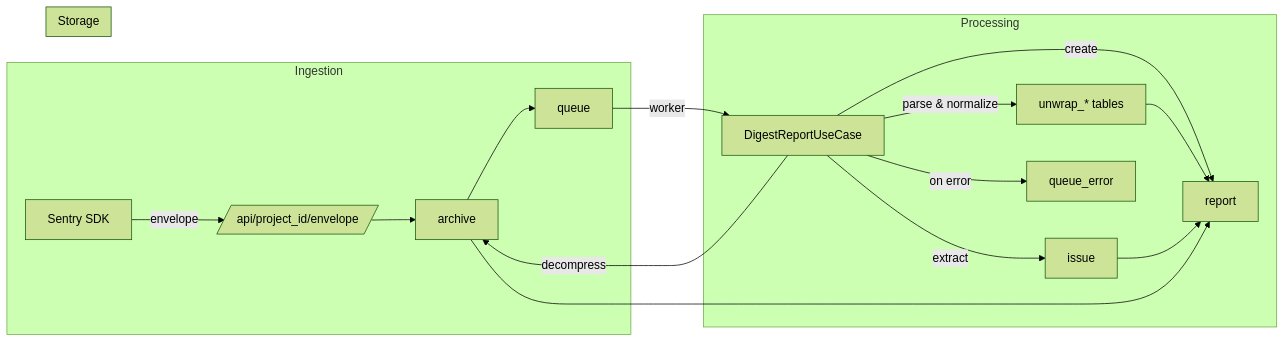
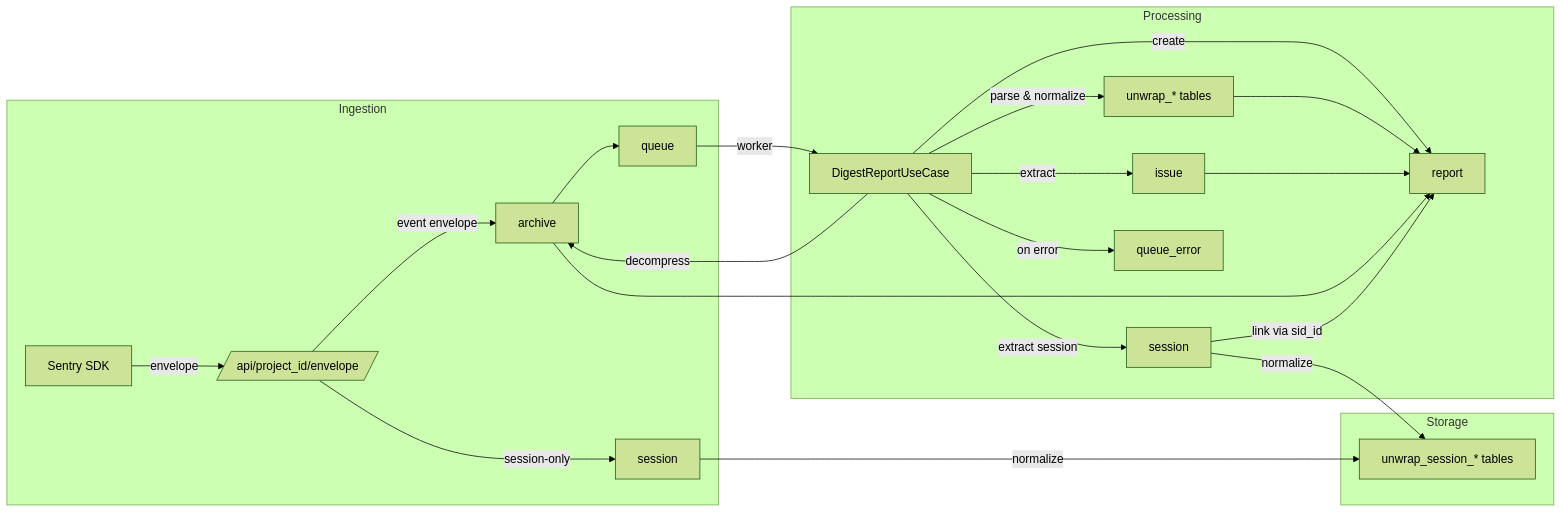
One commit to ethicnology/crash-cache changed the second of 2 diagrams in docs/schema.md. Above: the diagram before and after it, drawn with Mermaid (forest theme). The commit also changed other lines of this file and 8 other files, not shown here.

First line of the commit message:
feat: session tracking and envelope session parsing

````diff
--- a/docs/schema.md
+++ b/docs/schema.md
@@ -247,23 +287,28 @@
 ```mermaid
 flowchart LR
     subgraph Ingestion
         A[Sentry SDK] -->|envelope| B[/api/project_id/envelope/]
-        B --> C[archive]
+        B -->|event envelope| C[archive]
+        B -->|session-only| S[session]
         C --> D[queue]
     end
     
     subgraph Processing
         D -->|worker| E[DigestReportUseCase]
         E -->|decompress| C
+        E -->|extract session| SS[session]
         E -->|parse & normalize| F[unwrap_* tables]
         E -->|extract| G[issue]
         E -->|create| H[report]
         E -->|on error| I[queue_error]
     end
     
     subgraph Storage
         F --> H
         G --> H
         C --> H
+        SS -->|link via sid_id| H
+        S -->|normalize| J[unwrap_session_* tables]
+        SS -->|normalize| J
     end
 ```
````
